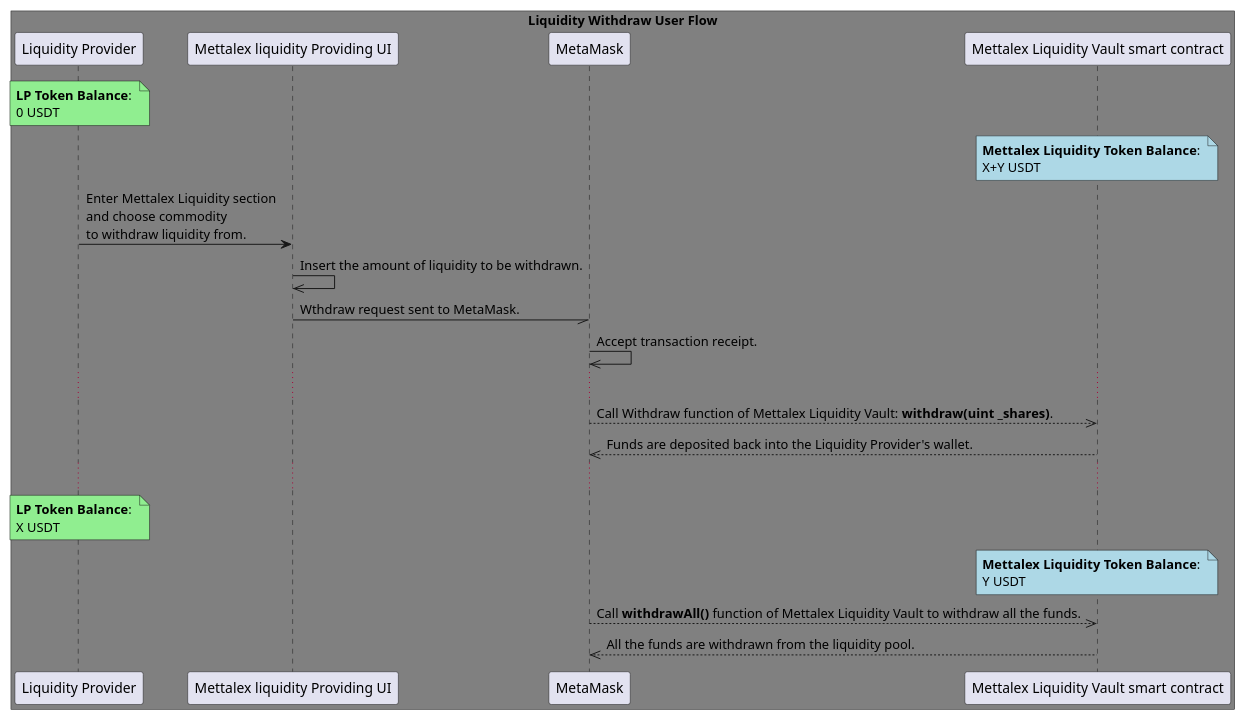
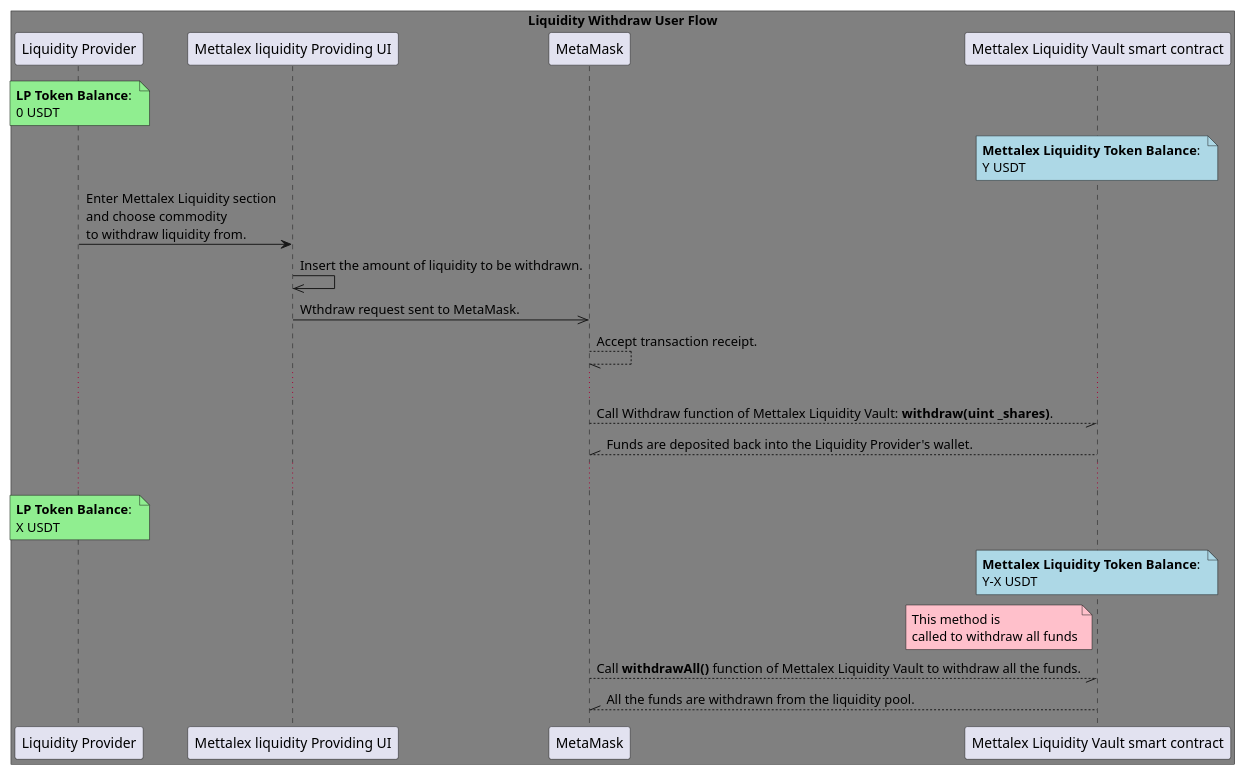
The diagram in PlantUML and png diagrams/Withdraw APIs.puml (fetchai/mettalex-documentation), drawn with PlantUML before and after one commit. The commit also changed 4 other files, not shown here.

Commit message:
PlantUML Diagrams

```diff
--- a/PlantUML and png diagrams/Withdraw APIs.puml
+++ b/PlantUML and png diagrams/Withdraw APIs.puml
@@ -1,29 +1,31 @@
 @startuml
 
 box "Liquidity Withdraw User Flow" #grey
 participant "Liquidity Provider" as LP
 participant "Mettalex liquidity Providing UI" as LPUI
 participant "MetaMask" as MM
 participant "Mettalex Liquidity Vault smart contract" as LVSM
 
 end box
 
 note over LP #lightgreen: **LP Token Balance**: \n0 USDT
-note over LVSM #lightblue: **Mettalex Liquidity Token Balance**: \nX+Y USDT
+note over LVSM #lightblue: **Mettalex Liquidity Token Balance**: \nY USDT
 
 LP -> LPUI: Enter Mettalex Liquidity section\nand choose commodity\nto withdraw liquidity from.
 LPUI ->> LPUI: Insert the amount of liquidity to be withdrawn.
-LPUI -// MM: Wthdraw request sent to MetaMask.
-MM ->> MM: Accept transaction receipt.
+LPUI ->> MM: Wthdraw request sent to MetaMask.
+MM --// MM: Accept transaction receipt.
 ...
-MM -->> LVSM: Call Withdraw function of Mettalex Liquidity Vault: **withdraw(uint _shares)**.
-LVSM -->> MM: Funds are deposited back into the Liquidity Provider's wallet.
+MM --// LVSM: Call Withdraw function of Mettalex Liquidity Vault: **withdraw(uint _shares)**.
+LVSM --\\ MM: Funds are deposited back into the Liquidity Provider's wallet.
 ...
 
 note over LP #lightgreen: **LP Token Balance**: \nX USDT
-note over LVSM #lightblue: **Mettalex Liquidity Token Balance**: \nY USDT
+note over LVSM #lightblue: **Mettalex Liquidity Token Balance**: \nY-X USDT
 
-MM -->> LVSM: Call **withdrawAll()** function of Mettalex Liquidity Vault to withdraw all the funds.
-LVSM -->> MM: All the funds are withdrawn from the liquidity pool.
+
+note left of LVSM #pink: This method is\ncalled to withdraw all funds
+MM --// LVSM: Call **withdrawAll()** function of Mettalex Liquidity Vault to withdraw all the funds.
+LVSM --\\ MM: All the funds are withdrawn from the liquidity pool.
 
 @enduml
```
